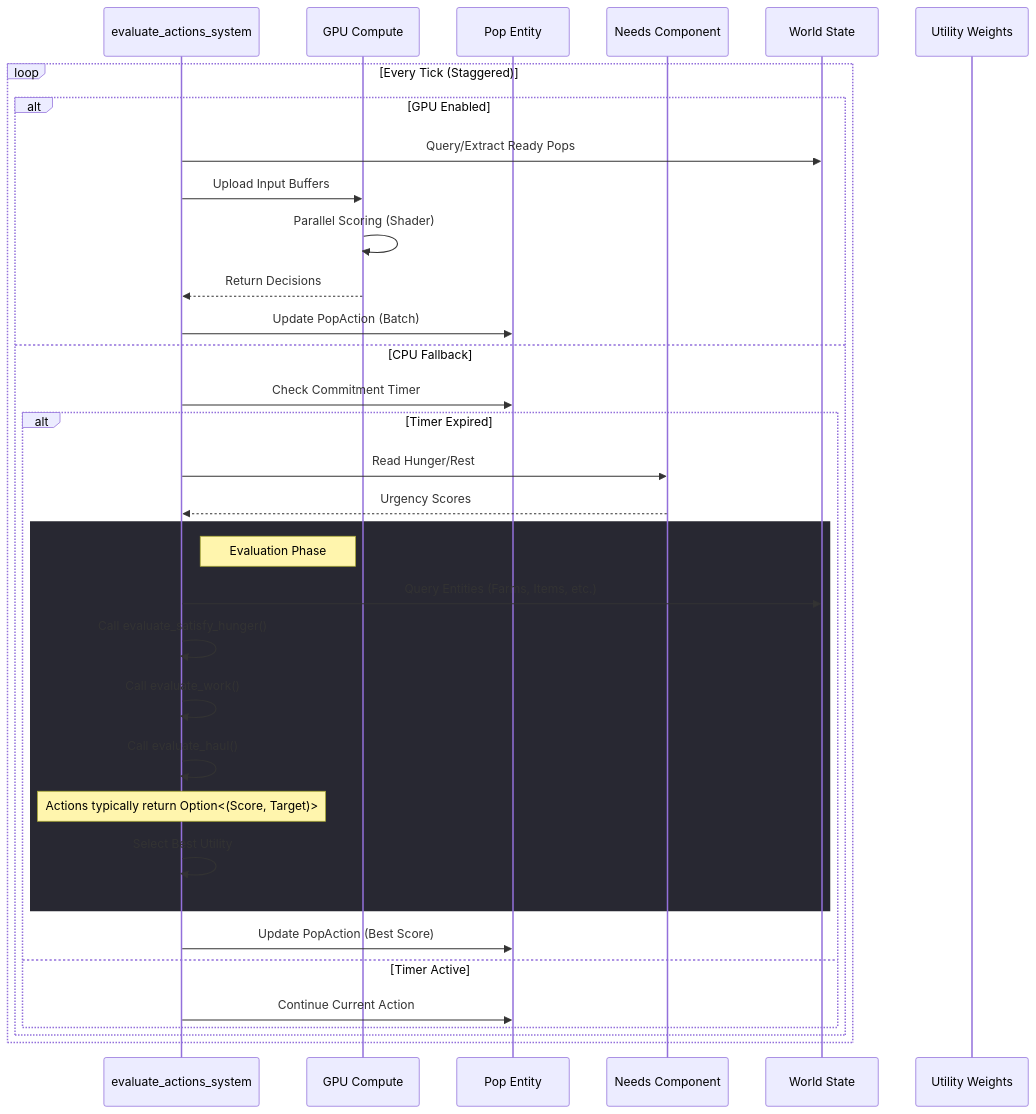
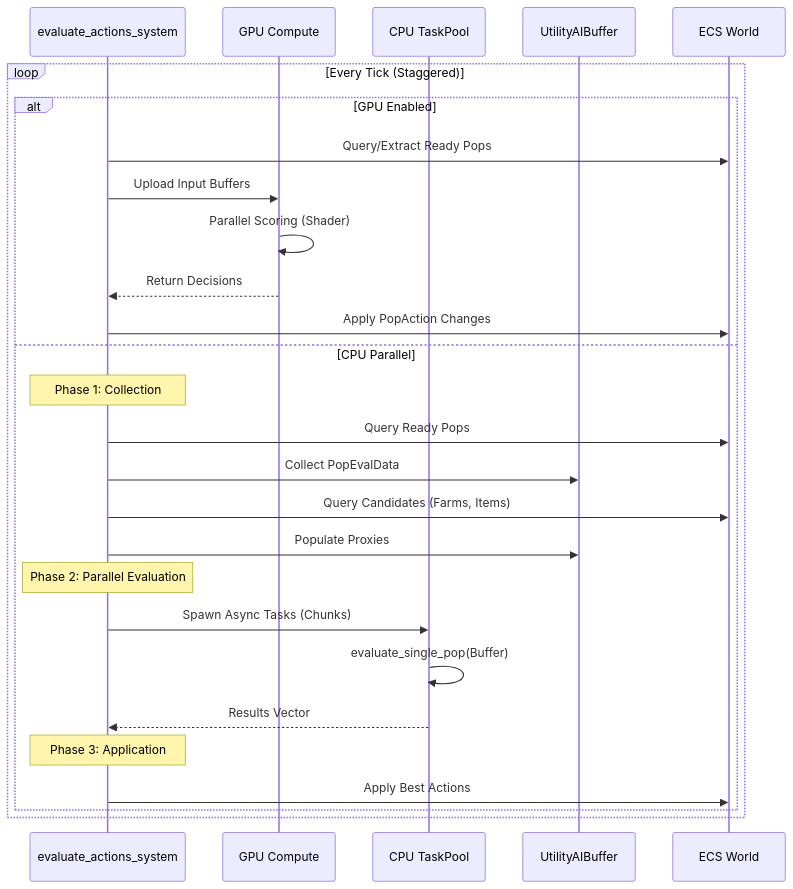
Before and after one commit to madmax983/project-zero: the sixth of 11 diagrams in docs/architecture.md, drawn with Mermaid. The commit also changed other lines of this file and 1 other file, not shown here.

Commit message:
docs: Add ADR 026 and update architecture diagram for CPU Parallel Utility AI
- Add `docs/adr/026-cpu-parallel-utility-ai.md` describing the Split-Phase architecture.
- Update `docs/architecture.md` "Utility AI Decision Loop" sequence diagram to reflect the Collect -> Buffer -> Parallel Eval -> Apply flow.
- Add ADR 026 to "Related Decisions" in `docs/architecture.md`.

````diff
--- a/docs/architecture.md
+++ b/docs/architecture.md
@@ -171,41 +171,32 @@
 ```mermaid
 sequenceDiagram
     participant System as evaluate_actions_system
     participant GPU as GPU Compute
-    participant Pop as Pop Entity
-    participant Needs as Needs Component
-    participant World as World State
-    participant Memory as Utility Weights
+    participant TaskPool as CPU TaskPool
+    participant Buffer as UtilityAIBuffer
+    participant World as ECS World
 
     loop Every Tick (Staggered)
         alt GPU Enabled
             System->>World: Query/Extract Ready Pops
             System->>GPU: Upload Input Buffers
             GPU->>GPU: Parallel Scoring (Shader)
             GPU-->>System: Return Decisions
-            System->>Pop: Update PopAction (Batch)
-        else CPU Fallback
-            System->>Pop: Check Commitment Timer
-            alt Timer Expired
-                System->>Needs: Read Hunger/Rest
-                Needs-->>System: Urgency Scores
+            System->>World: Apply PopAction Changes
+        else CPU Parallel
+            Note over System: Phase 1: Collection
+            System->>World: Query Ready Pops
+            System->>Buffer: Collect PopEvalData
+            System->>World: Query Candidates (Farms, Items)
+            System->>Buffer: Populate Proxies
 
-                rect rgb(40, 40, 50)
-                    Note right of System: Evaluation Phase
-                    System->>World: Query Entities (Farms, Items, etc.)
+            Note over System: Phase 2: Parallel Evaluation
+            System->>TaskPool: Spawn Async Tasks (Chunks)
+            TaskPool->>TaskPool: evaluate_single_pop(Buffer)
+            TaskPool-->>System: Results Vector
 
-                    System->>System: Call evaluate_satisfy_hunger()
-                    System->>System: Call evaluate_work()
-                    System->>System: Call evaluate_haul()
-
-                    Note over System: Actions typically return Option<(Score, Target)>
-                    System->>System: Select Best Utility
-                end
-
-                System->>Pop: Update PopAction (Best Score)
-            else Timer Active
-                System->>Pop: Continue Current Action
-            end
+            Note over System: Phase 3: Application
+            System->>World: Apply Best Actions
         end
     end
 ```
````
